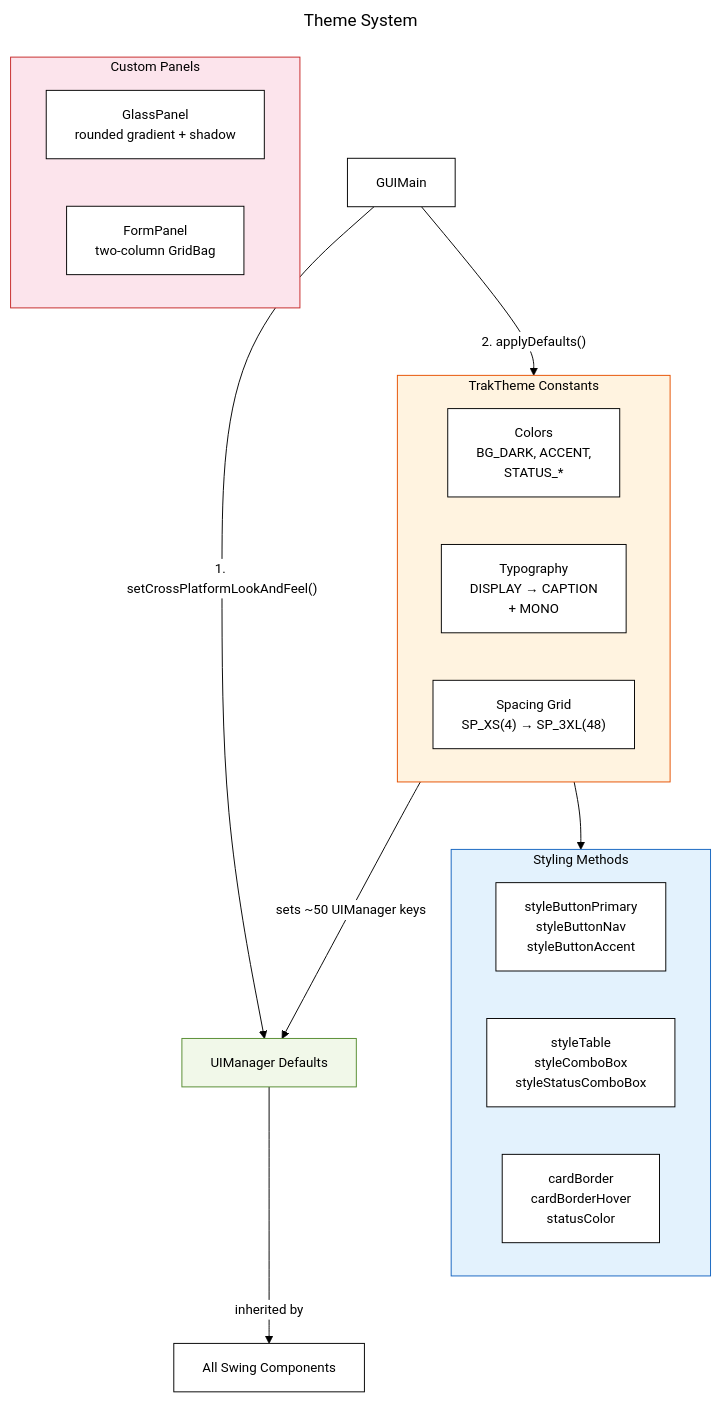
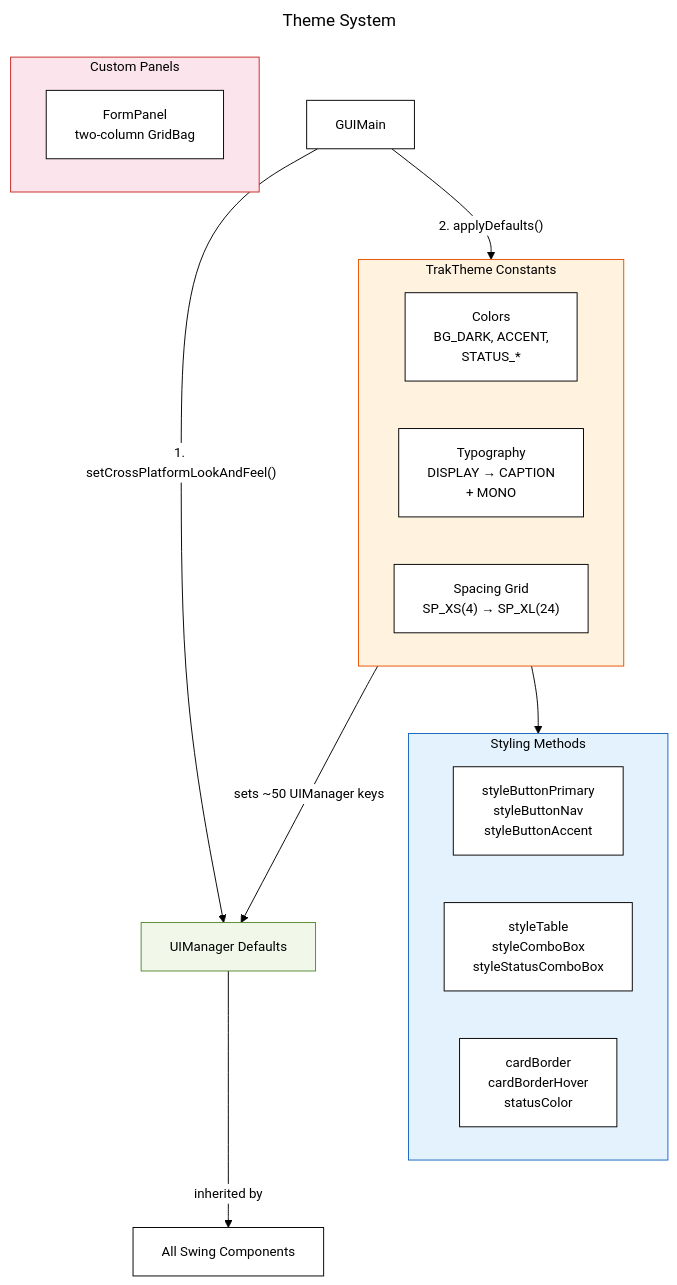
The seventh of 14 diagrams in docs/DIAGRAM.md (magana272/TaskTrac), drawn with Mermaid before and after one commit. The commit also changed other lines of this file and 6 other files, not shown here.

````diff
--- a/docs/DIAGRAM.md
+++ b/docs/DIAGRAM.md
@@ -310,45 +310,44 @@
 ```mermaid
 ---
 config:
   theme: base
   themeVariables:
     primaryColor: '#ffffff'
     primaryTextColor: '#000000'
     primaryBorderColor: '#000000'
     lineColor: '#000000'
     fontFamily: 'Georgia, Times New Roman, serif'
     fontSize: '14px'
 title: Theme System
 ---
 flowchart TB
     GUIMain[GUIMain] -->|"1. setCrossPlatformLookAndFeel()"| UIManager[UIManager Defaults]
     GUIMain -->|"2. applyDefaults()"| TrakTheme
     TrakTheme -->|"sets ~50 UIManager keys"| UIManager
     UIManager -->|"inherited by"| AllComponents[All Swing Components]
 
     subgraph TrakTheme["TrakTheme Constants"]
         direction LR
         Colors["Colors<br>BG_DARK, ACCENT,<br>STATUS_*"]
         Fonts["Typography<br>DISPLAY → CAPTION<br>+ MONO"]
-        Spacing["Spacing Grid<br>SP_XS(4) → SP_3XL(48)"]
+        Spacing["Spacing Grid<br>SP_XS(4) → SP_XL(24)"]
     end
 
     subgraph Methods["Styling Methods"]
         direction LR
         BtnStyles["styleButtonPrimary<br>styleButtonNav<br>styleButtonAccent"]
         TableStyles["styleTable<br>styleComboBox<br>styleStatusComboBox"]
         CardStyles["cardBorder<br>cardBorderHover<br>statusColor"]
     end
 
     TrakTheme --> Methods
 
     subgraph CustomPanels["Custom Panels"]
-        GlassPanel["GlassPanel<br>rounded gradient + shadow"]
         FormPanel["FormPanel<br>two-column GridBag"]
     end
 
     style TrakTheme fill:#fff3e0,stroke:#e65100
     style UIManager fill:#f1f8e9,stroke:#558b2f
     style Methods fill:#e3f2fd,stroke:#1565c0
     style CustomPanels fill:#fce4ec,stroke:#c62828
 ```
````
